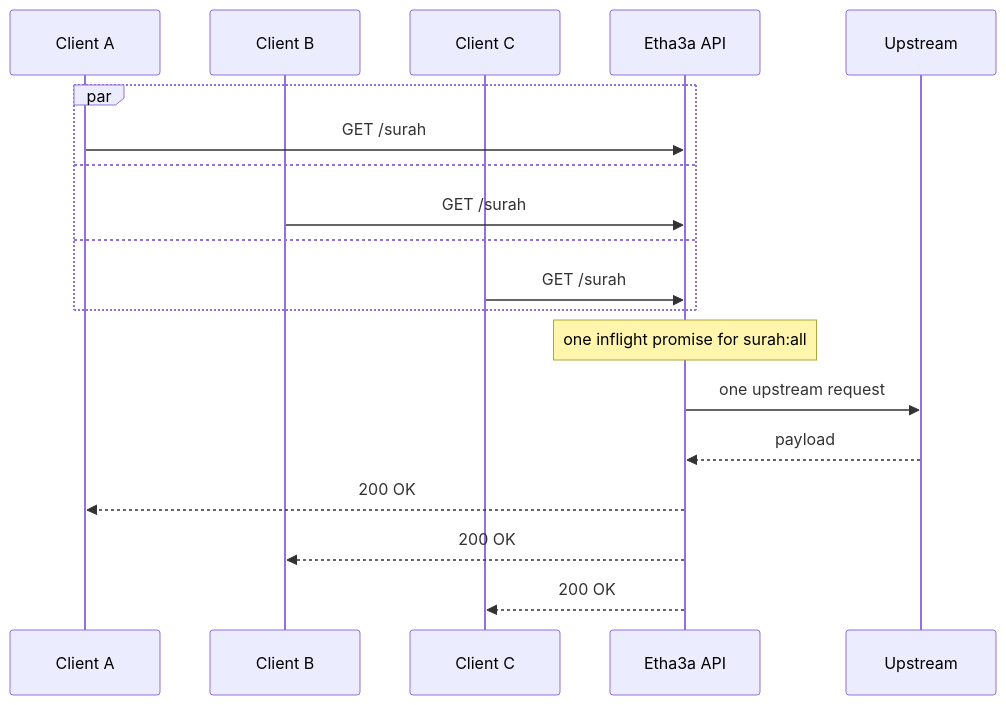
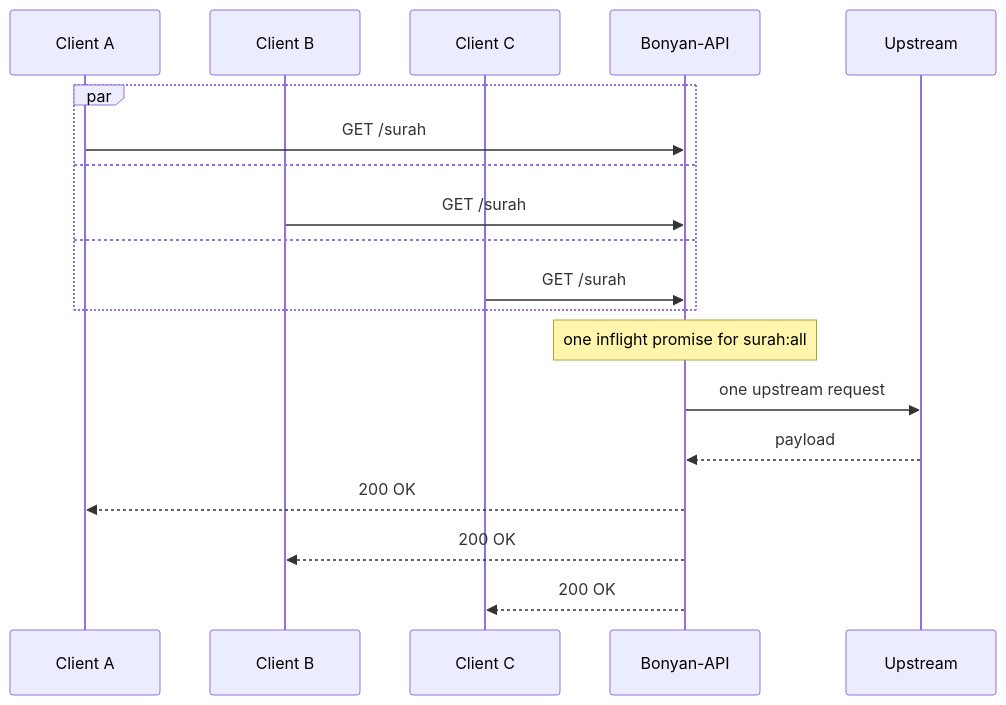
One commit to BonyanOSS/docs changed the diagram in concepts/caching.mdx. Above: the diagram before and after it, drawn with Mermaid. The commit also changed other lines of this file and 28 other files, not shown here.

Commit message:
feat: rebrand Etha3a to Bonyan API and expand documentation with new concepts and endpoints

````diff
--- a/concepts/caching.mdx
+++ b/concepts/caching.mdx
@@ -38,22 +38,22 @@
 ```mermaid
 sequenceDiagram
     participant A as Client A
     participant B as Client B
     participant C as Client C
-    participant API as Etha3a API
+    participant API as Bonyan-API
     participant U as Upstream
 
     par
         A->>API: GET /surah
     and
         B->>API: GET /surah
     and
         C->>API: GET /surah
     end
     Note over API: one inflight promise for surah:all
     API->>U: one upstream request
     U-->>API: payload
     API-->>A: 200 OK
     API-->>B: 200 OK
     API-->>C: 200 OK
 ```
````
